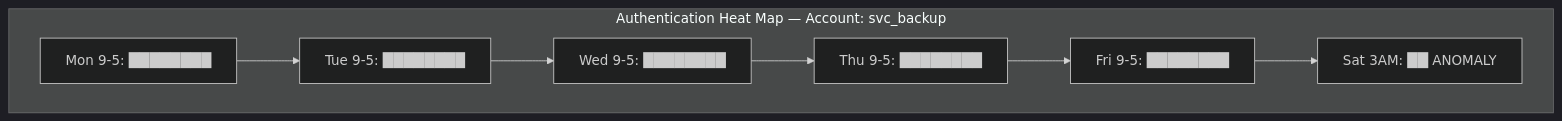
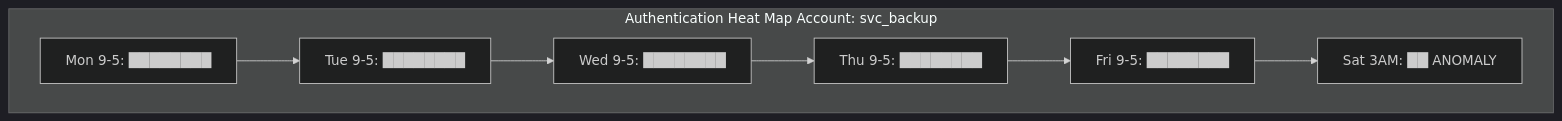
One commit to pbmundas/ThreatHuntingLabs changed the seventh of 8 diagrams in docs/Start-Hunting/Reading-Raw-Logs-Like-a-Threat-Hunter.md. Above: the diagram before and after it, drawn with Mermaid (dark theme). The commit also changed other lines of this file, not shown here.

````diff
--- a/docs/Start-Hunting/Reading-Raw-Logs-Like-a-Threat-Hunter.md
+++ b/docs/Start-Hunting/Reading-Raw-Logs-Like-a-Threat-Hunter.md
@@ -1695,11 +1695,11 @@
 ```mermaid
 flowchart TD
-    subgraph "Authentication Heat Map — Account: svc_backup"
+    subgraph "Authentication Heat Map Account: svc_backup"
     direction LR
     M[Mon 9-5: ████████] --> T[Tue 9-5: ████████]
     T --> W[Wed 9-5: ████████]
     W --> Th[Thu 9-5: ████████]
     Th --> F[Fri 9-5: ████████]
     F --> Sa[Sat 3AM: ██ ANOMALY]
     end
 ```
````
